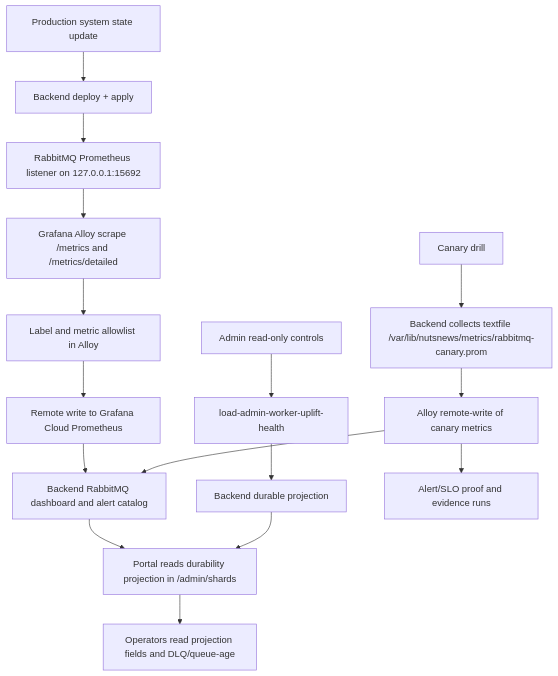
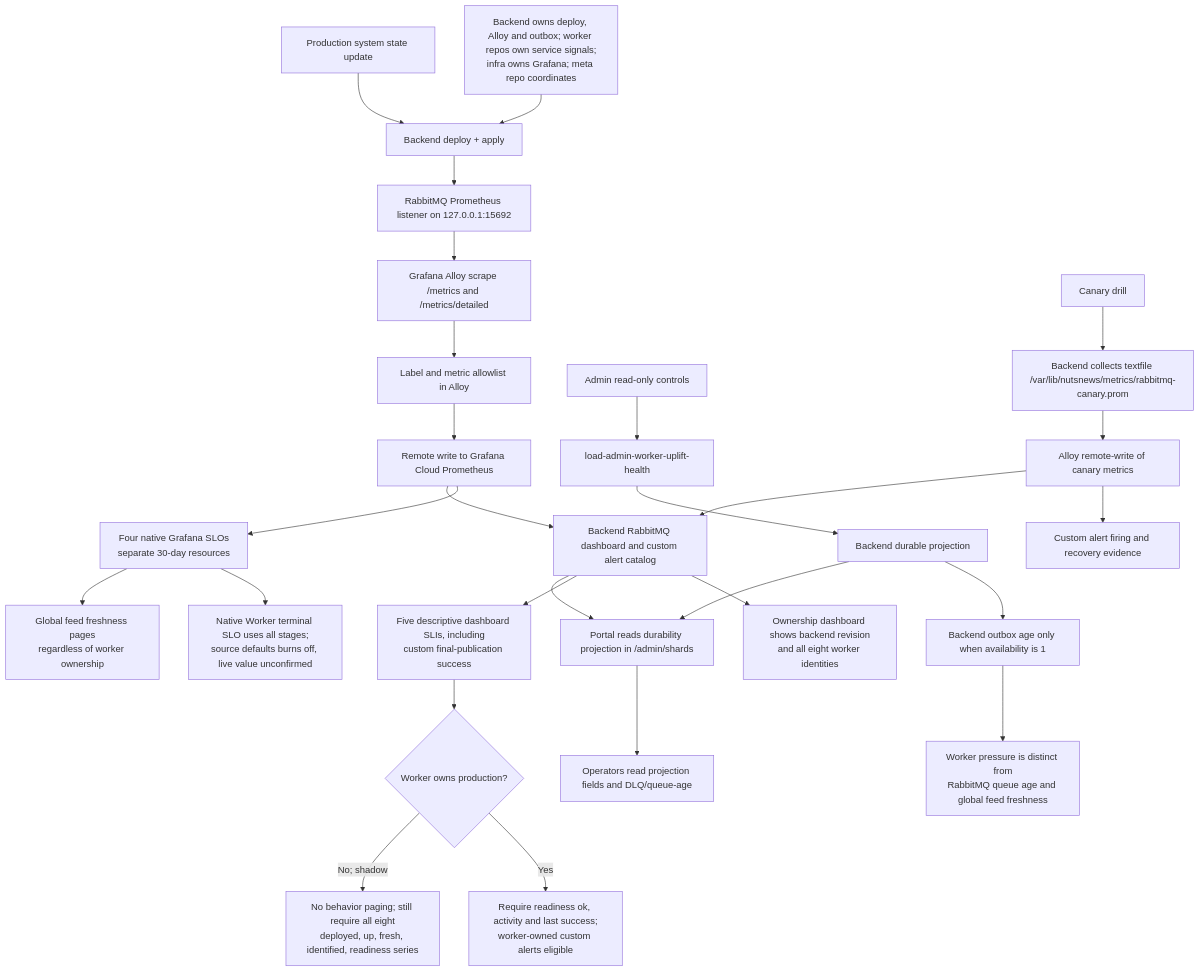
Before and after one commit to ramideltoro/nutsnews-docs: the diagram in diagrams/NUTSNEWS_WORKER_UPLIFT_RABBITMQ_METRICS.mmd, drawn with Mermaid. The commit also changed 36 other files, not shown here.

```diff
--- a/diagrams/NUTSNEWS_WORKER_UPLIFT_RABBITMQ_METRICS.mmd
+++ b/diagrams/NUTSNEWS_WORKER_UPLIFT_RABBITMQ_METRICS.mmd
@@ -1,22 +1,35 @@
-flowchart TB
-  accTitle: NutsNews Worker-Uplift RabbitMQ Metrics
+flowchart TD
+  accTitle: NutsNews Worker-Uplift RabbitMQ telemetry and guardrails
   accDescr {
-    Status: backend collection path completed for ramideltoro/nutsnews-worker#87
+    Backend Alloy collects bounded RabbitMQ and canary metrics. The Worker SLI
+    dashboard and custom rules remain separate from the four native Grafana SLOs,
+    and worker-owned paging is gated by production ownership.
   }
   A["Production system state update"] --> B["Backend deploy + apply"]
+  Owners["Backend owns deploy, Alloy and outbox; worker repos own service signals;\ninfra owns Grafana; meta repo coordinates"] --> B
   B --> C["RabbitMQ Prometheus listener on 127.0.0.1:15692"]
   C --> D["Grafana Alloy scrape /metrics and /metrics/detailed"]
   D --> E["Label and metric allowlist in Alloy"]
   E --> F["Remote write to Grafana Cloud Prometheus"]
-  F --> G["Backend RabbitMQ dashboard and alert catalog"]
+  F --> G["Backend RabbitMQ dashboard and custom alert catalog"]
   G --> H["Portal reads durability projection in /admin/shards"]
   H --> I["Operators read projection fields and DLQ/queue-age"]
 
   J["Admin read-only controls"] --> K["load-admin-worker-uplift-health"]
   K --> L["Backend durable projection"]
   L --> H
 
   M["Canary drill"] --> N["Backend collects textfile /var/lib/nutsnews/metrics/rabbitmq-canary.prom"]
   N --> O["Alloy remote-write of canary metrics"]
   O --> G
-  O --> P["Alert/SLO proof and evidence runs"]
+  O --> P["Custom alert firing and recovery evidence"]
+  G --> Q["Five descriptive dashboard SLIs, including\ncustom final-publication success"]
+  Q --> R{"Worker owns production?"}
+  R -->|"No; shadow"| S["No behavior paging; still require all eight\ndeployed, up, fresh, identified, readiness series"]
+  R -->|"Yes"| T["Require readiness ok, activity and last success;\nworker-owned custom alerts eligible"]
+  F --> U["Four native Grafana SLOs\nseparate 30-day resources"]
+  U --> V["Global feed freshness pages\nregardless of worker ownership"]
+  U --> W["Native Worker terminal SLO uses all stages;\nsource defaults burns off, live value unconfirmed"]
+  L --> X["Backend outbox age only when availability is 1"]
+  X --> Y["Worker pressure is distinct from\nRabbitMQ queue age and global feed freshness"]
+  G --> Z["Ownership dashboard shows backend revision\nand all eight worker identities"]
```
